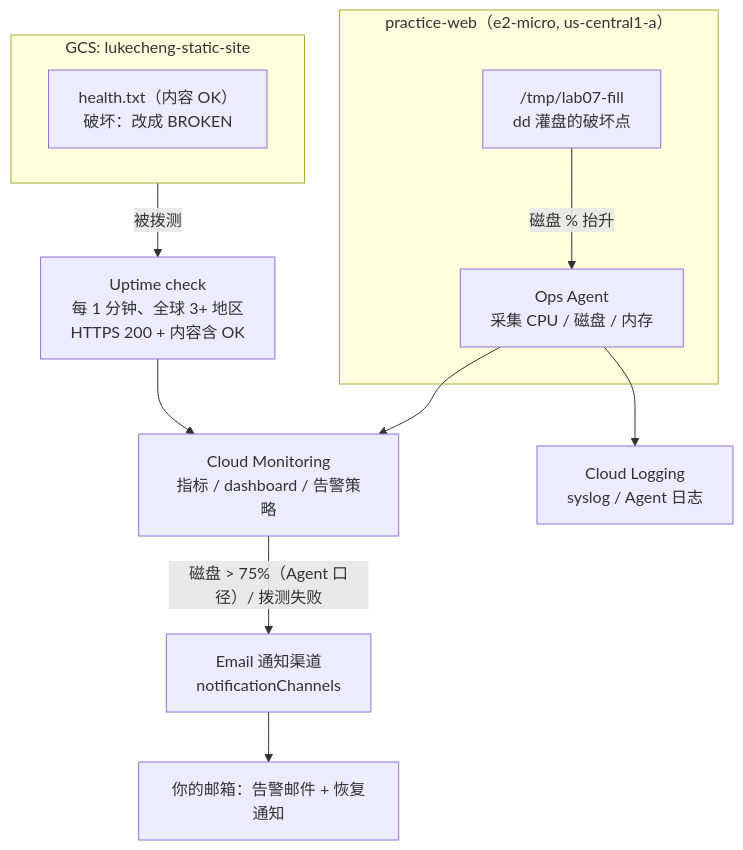
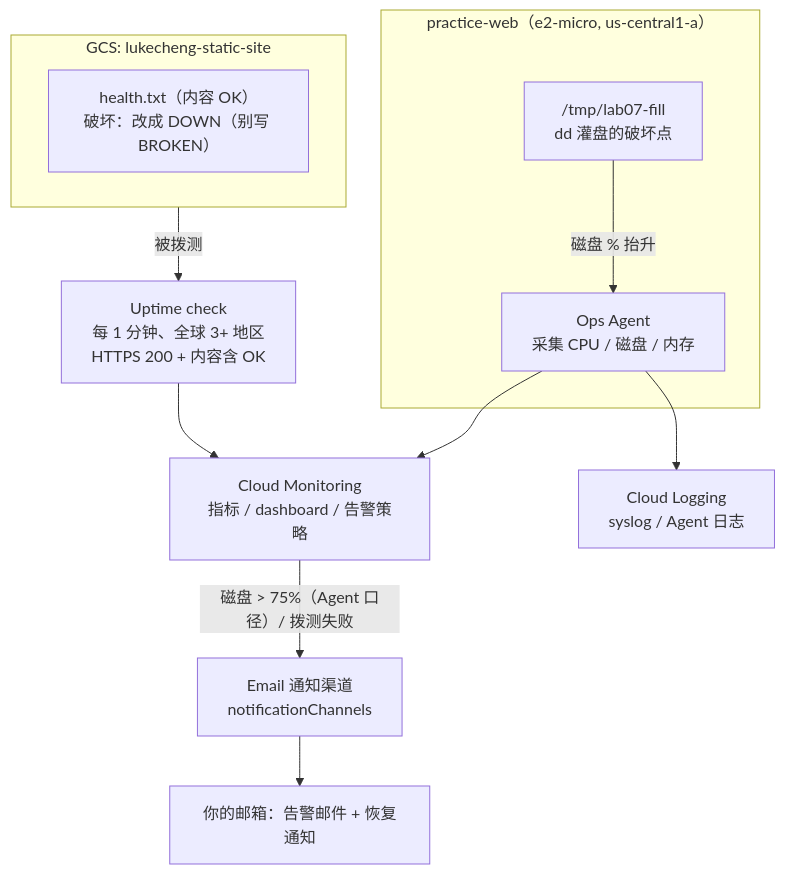
Before and after one commit to lukecheng-csu/gcp-ops-labs: the diagram in 07-monitoring-alerting/README.md, drawn with Mermaid. The commit also changed other lines of this file and 4 other files, not shown here.

````diff
--- a/07-monitoring-alerting/README.md
+++ b/07-monitoring-alerting/README.md
@@ -80,21 +80,21 @@
 ```mermaid
 flowchart TB
     subgraph VM["practice-web（e2-micro, us-central1-a）"]
         OA["Ops Agent<br/>采集 CPU / 磁盘 / 内存"]
         DD["/tmp/lab07-fill<br/>dd 灌盘的破坏点"]
     end
     subgraph GCS["GCS: lukecheng-static-site"]
-        H["health.txt（内容 OK）<br/>破坏：改成 BROKEN"]
+        H["health.txt（内容 OK）<br/>破坏：改成 DOWN（别写 BROKEN）"]
     end
     UP["Uptime check<br/>每 1 分钟、全球 3+ 地区<br/>HTTPS 200 + 内容含 OK"]
     MON["Cloud Monitoring<br/>指标 / dashboard / 告警策略"]
     CH["Email 通知渠道<br/>notificationChannels"]
     LOG["Cloud Logging<br/>syslog / Agent 日志"]
     GCS -->|"被拨测"| UP
     UP --> MON
     OA --> MON
     OA --> LOG
     DD -->|"磁盘 % 抬升"| OA
     MON -->|"磁盘 > 75%（Agent 口径）/ 拨测失败"| CH
     CH --> ME["你的邮箱：告警邮件 + 恢复通知"]
 ```
````
